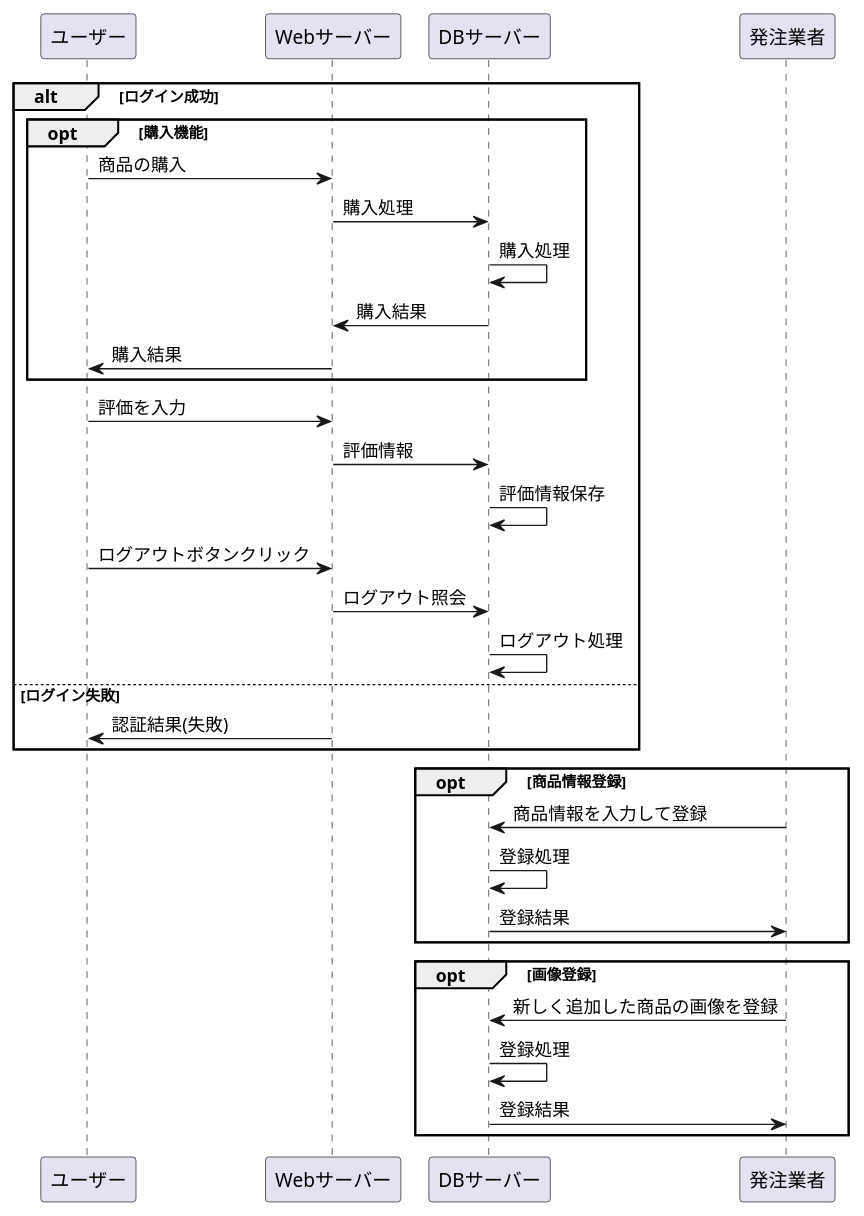
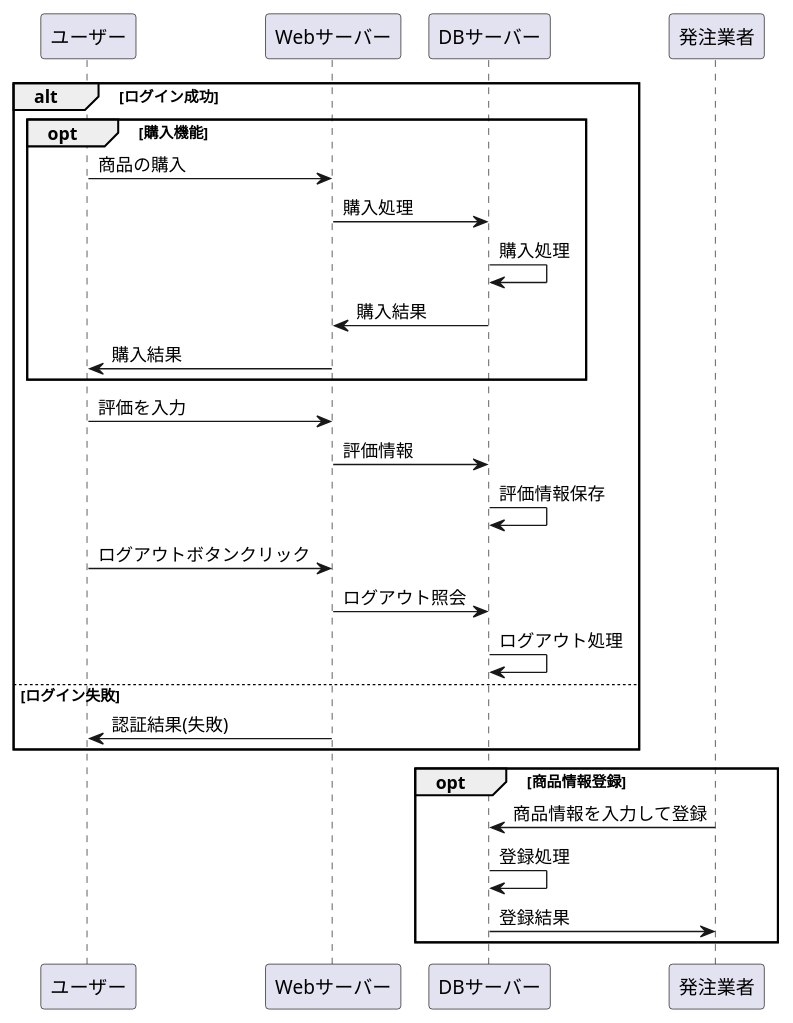
Before and after one commit to Aso2001154/2021sys-design: the diagram in cookjob1.md, drawn with PlantUML.

````diff
--- a/cookjob1.md
+++ b/cookjob1.md
@@ -1,31 +1,27 @@
 ```uml
 @startuml
 alt ログイン成功
 opt 購入機能
 ユーザー -> Webサーバー : 商品の購入
 Webサーバー -> DBサーバー : 購入処理
 DBサーバー -> DBサーバー : 購入処理
 DBサーバー -> Webサーバー : 購入結果
 Webサーバー -> ユーザー : 購入結果
 end
 ユーザー -> Webサーバー : 評価を入力
 Webサーバー -> DBサーバー : 評価情報
 DBサーバー -> DBサーバー : 評価情報保存
 ユーザー -> Webサーバー : ログアウトボタンクリック
 Webサーバー -> DBサーバー : ログアウト照会
 DBサーバー -> DBサーバー : ログアウト処理
 else ログイン失敗
 Webサーバー -> ユーザー : 認証結果(失敗)
 end
 opt 商品情報登録
 発注業者 -> DBサーバー : 商品情報を入力して登録
 DBサーバー -> DBサーバー : 登録処理
 DBサーバー -> 発注業者 : 登録結果
 end
-opt 画像登録
-発注業者 -> DBサーバー : 新しく追加した商品の画像を登録
-DBサーバー -> DBサーバー : 登録処理
-DBサーバー -> 発注業者 : 登録結果
-end
+
 @enduml
 ```
````
